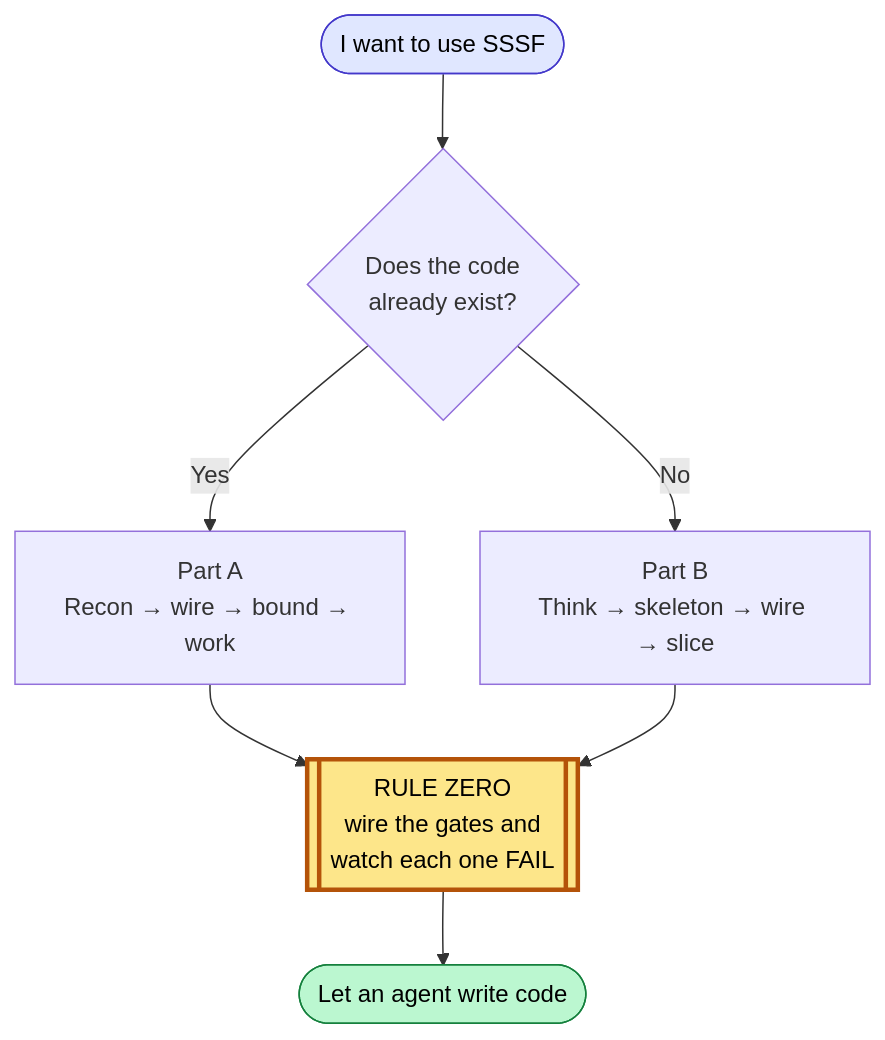
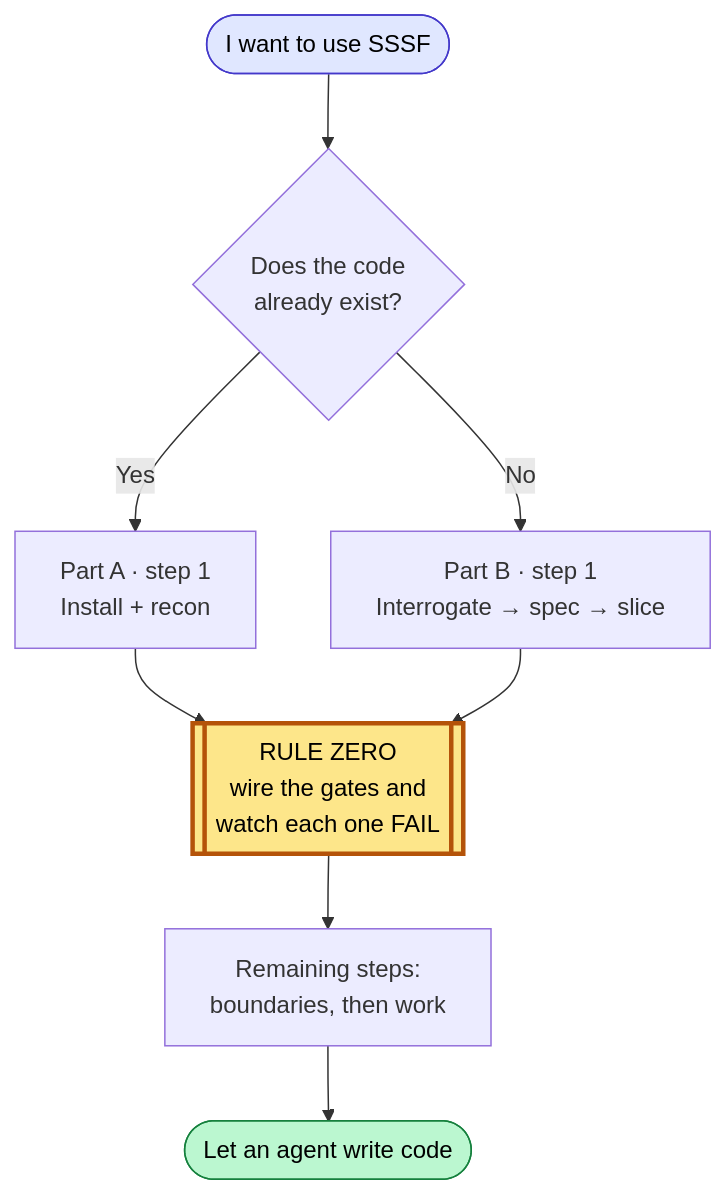
The first of 5 diagrams in docs/playbook-adopting-sssf.md (joystick/super-simple-software-factory), drawn with Mermaid before and after one commit. The commit also changed other lines of this file and 1 other file, not shown here.

````diff
--- a/docs/playbook-adopting-sssf.md
+++ b/docs/playbook-adopting-sssf.md
@@ -13,13 +13,14 @@
 ```mermaid
 flowchart TD
     Start([I want to use SSSF]) --> Which{Does the code<br/>already exist?}
-    Which -->|Yes| A1[Part A<br/>Recon → wire → bound → work]
-    Which -->|No| B1[Part B<br/>Think → skeleton → wire → slice]
-    A1 --> Zero
-    B1 --> Zero
-    Zero[["RULE ZERO<br/>wire the gates and<br/>watch each one FAIL"]] --> Work([Let an agent write code])
+    Which -->|Yes| A0[Part A · step 1<br/>Install + recon]
+    Which -->|No| B0[Part B · step 1<br/>Interrogate → spec → slice]
+    A0 --> Zero
+    B0 --> Zero
+    Zero[["RULE ZERO<br/>wire the gates and<br/>watch each one FAIL"]] --> Rest[Remaining steps:<br/>boundaries, then work]
+    Rest --> Work([Let an agent write code])
 
     style Zero fill:#fde68a,stroke:#b45309,stroke-width:3px,color:#000
     style Work fill:#bbf7d0,stroke:#15803d,color:#000
     style Start fill:#e0e7ff,stroke:#4338ca,color:#000
 ```
````
